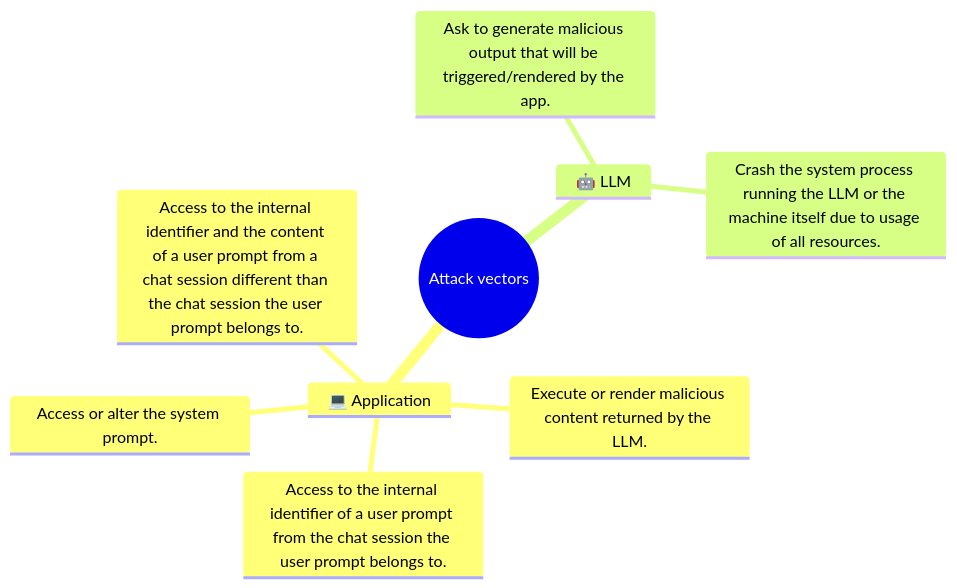
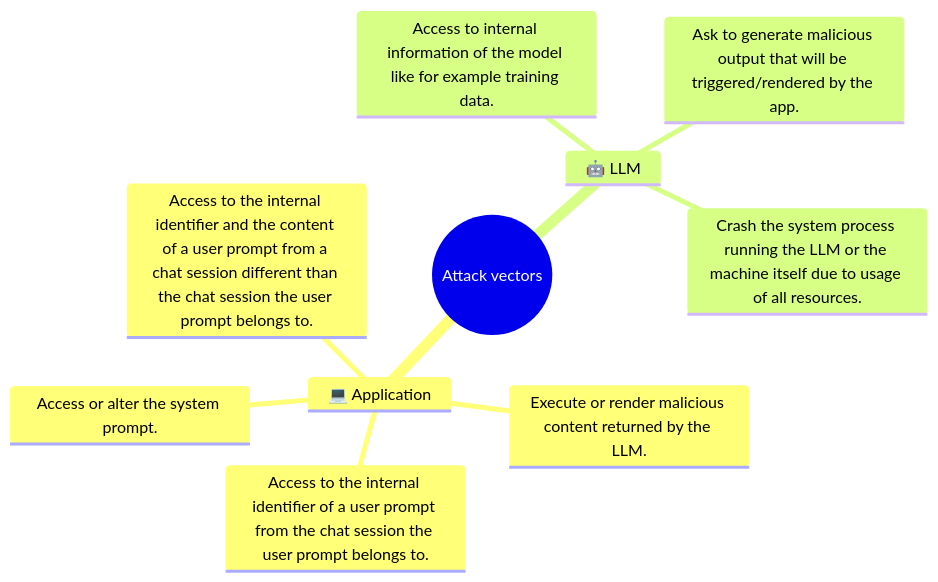
One commit to righettod/poc-llm changed the diagram in README.md. Above: the diagram before and after it, drawn with Mermaid. The commit also changed 3 other files, not shown here.

````diff
--- a/README.md
+++ b/README.md
@@ -44,12 +44,13 @@
 ```mermaid
 mindmap
   root((Attack vectors))
     💻 Application
         Access or alter the system prompt.
         Execute or render malicious content returned by the LLM.
         Access to the internal identifier of a user prompt from the chat session the user prompt belongs to.
         Access to the internal identifier and the content of a user prompt from a chat session different than the chat session the user prompt belongs to.
     🤖 LLM
+        Access to internal information of the model like for example training data.
         Ask to generate malicious output that will be triggered/rendered by the app.
         Crash the system process running the LLM or the machine itself due to usage of all resources.
 ```
````
